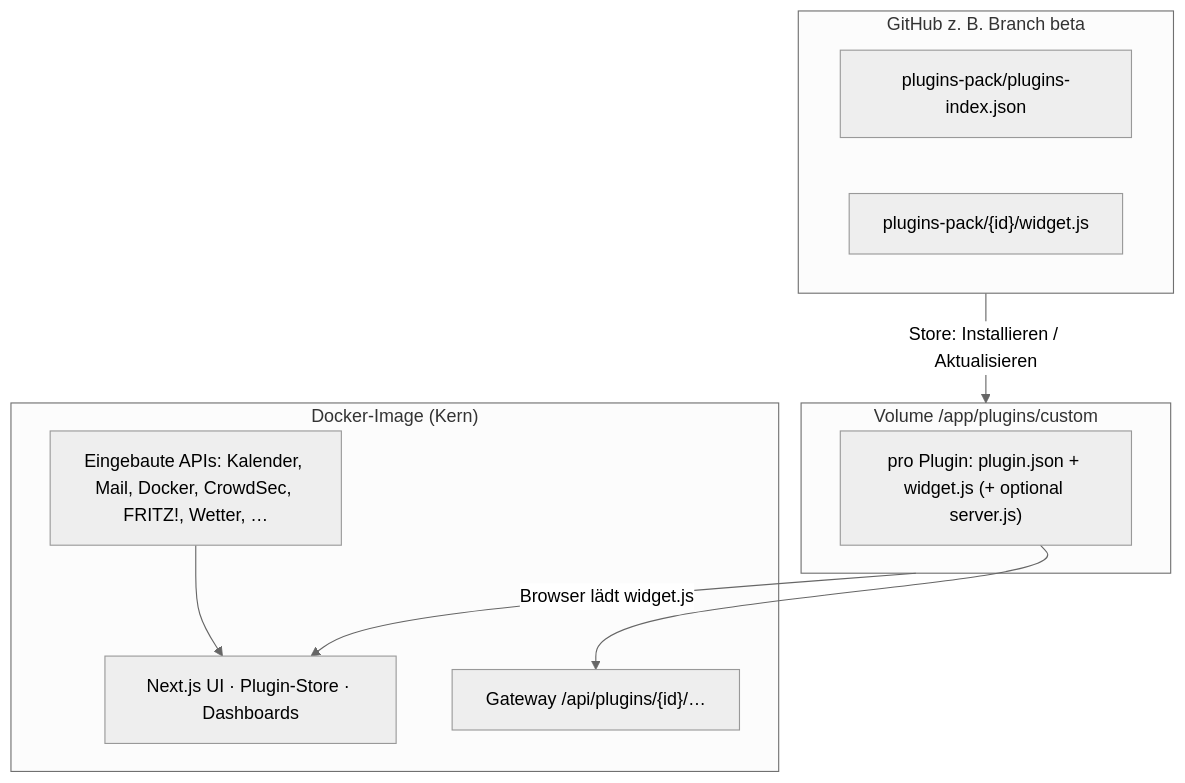
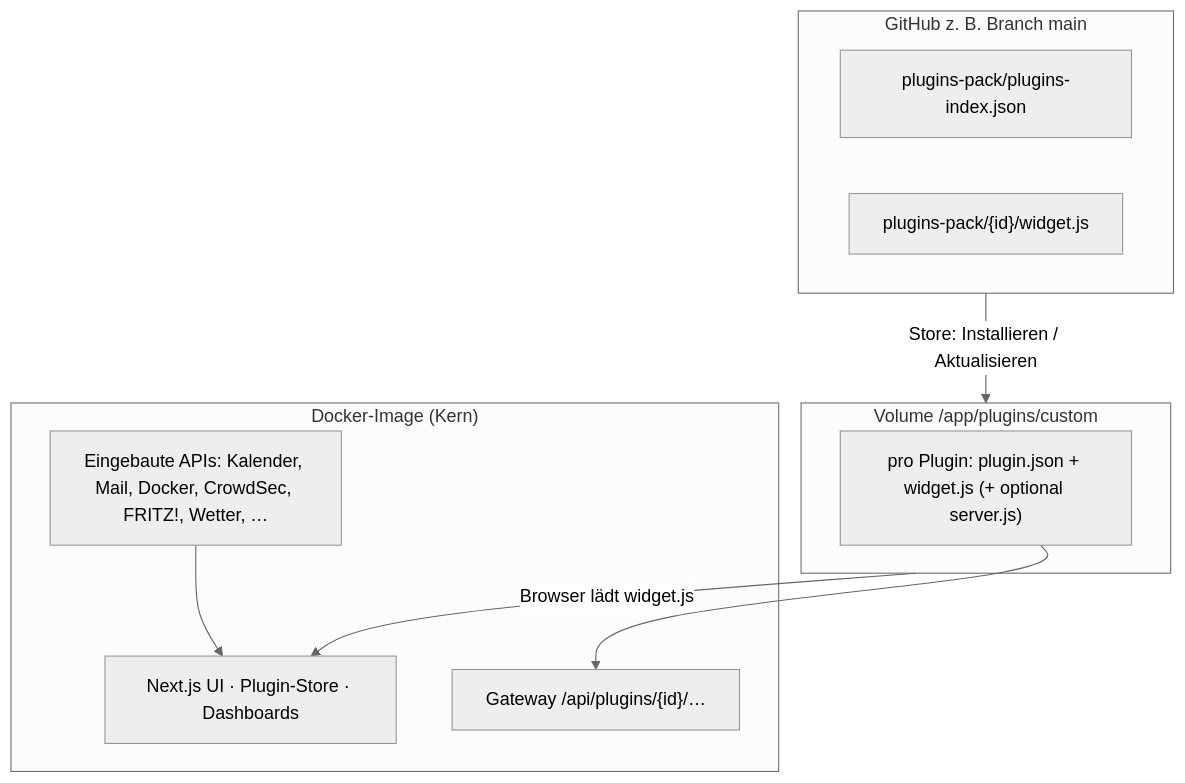
One commit to s3lfcod3r/selfdashboard changed the second of 2 diagrams in README.md. Above: the diagram before and after it, drawn with Mermaid (neutral theme). The commit also changed other lines of this file and 4 other files, not shown here.

````diff
--- a/README.md
+++ b/README.md
@@ -453,19 +470,19 @@
 ```mermaid
 flowchart TB
   subgraph image["Docker-Image (Kern)"]
     UI["Next.js UI · Plugin-Store · Dashboards"]
     CORE["Eingebaute APIs: Kalender, Mail, Docker, CrowdSec, FRITZ!, Wetter, …"]
     GW["Gateway /api/plugins/{id}/…"]
   end
   subgraph vol["Volume /app/plugins/custom"]
     W["pro Plugin: plugin.json + widget.js (+ optional server.js)"]
   end
-  subgraph gh["GitHub z. B. Branch beta"]
+  subgraph gh["GitHub z. B. Branch main"]
     IDX["plugins-pack/plugins-index.json"]
     PACK["plugins-pack/{id}/widget.js"]
   end
   gh -->|"Store: Installieren / Aktualisieren"| vol
   vol -->|"Browser lädt widget.js"| UI
   W --> GW
   CORE --> UI
 ```
````
